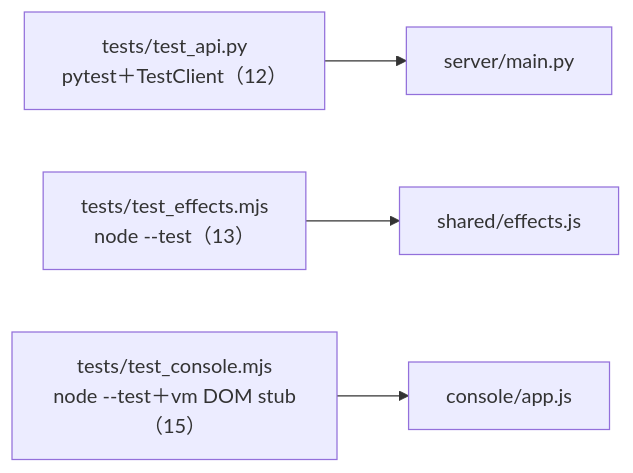
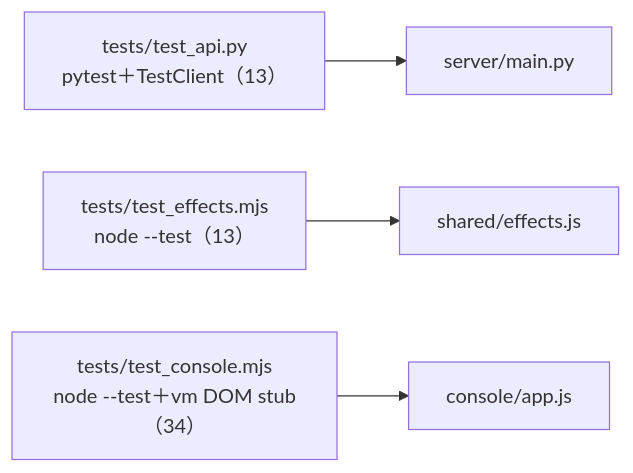
The sixth of 6 diagrams in docs/agents/CALL_GRAPH.md (zivngit/Real-time-Interaction-html), drawn with Mermaid before and after one commit. The commit also changed other lines of this file and 7 other files, not shown here.

````diff
--- a/docs/agents/CALL_GRAPH.md
+++ b/docs/agents/CALL_GRAPH.md
@@ -175,6 +184,6 @@
 ```mermaid
 flowchart LR
-    TA["tests/test_api.py<br/>pytest＋TestClient（12）"] --> M["server/main.py"]
+    TA["tests/test_api.py<br/>pytest＋TestClient（13）"] --> M["server/main.py"]
     TE["tests/test_effects.mjs<br/>node --test（13）"] --> S["shared/effects.js"]
-    TC["tests/test_console.mjs<br/>node --test＋vm DOM stub（15）"] --> K["console/app.js"]
+    TC["tests/test_console.mjs<br/>node --test＋vm DOM stub（34）"] --> K["console/app.js"]
 ```
````
